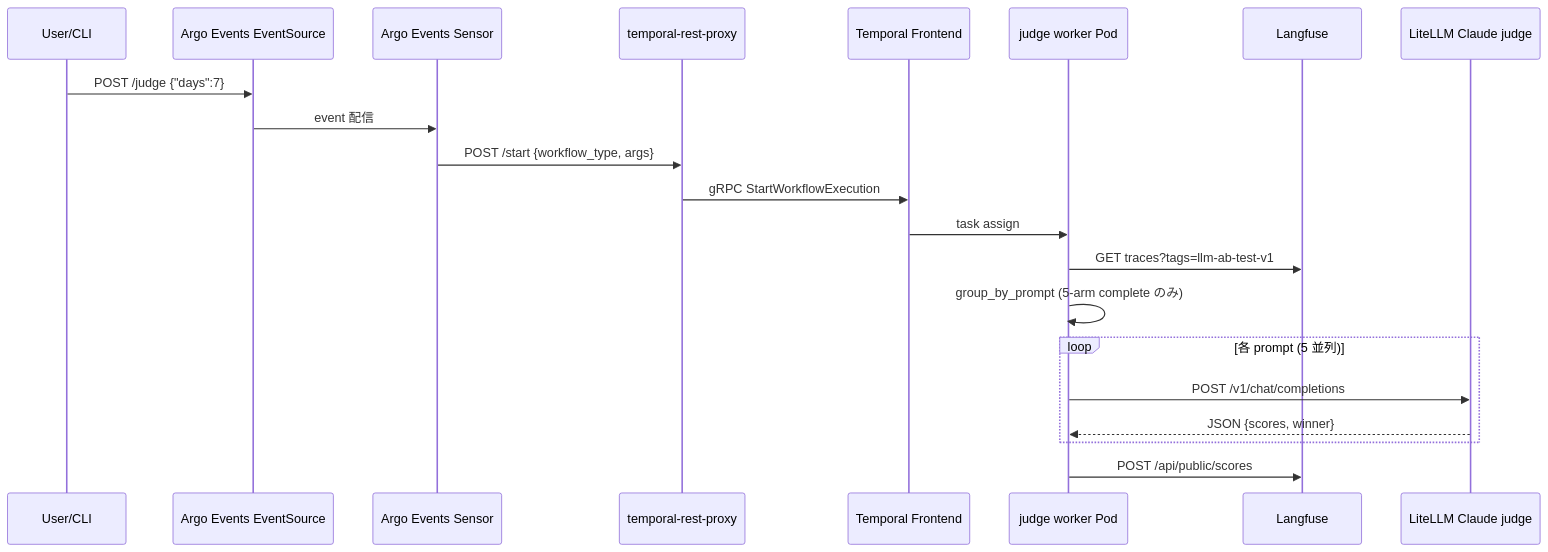
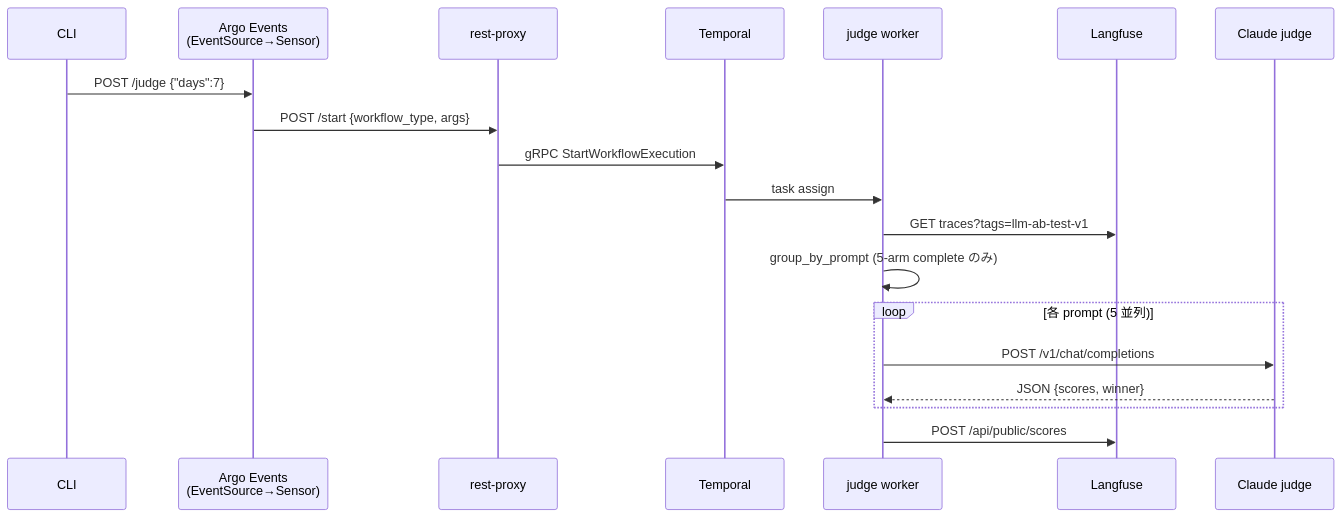
Before and after one commit to shinichitazawa/zenn-articles: the second of 2 diagrams in articles/010-llm-ab-test-4-oss-models-eks-litellm-keda.md, drawn with Mermaid. The commit also changed other lines of this file and 4 other files, not shown here.

Commit message:
docs: mermaid 図を縦型に再構成して縮小時も判読可能に(007/008/010/026/027)、008 は全体図PNGを本文に表示

````diff
--- a/articles/010-llm-ab-test-4-oss-models-eks-litellm-keda.md
+++ b/articles/010-llm-ab-test-4-oss-models-eks-litellm-keda.md
@@ -331,24 +331,22 @@
 ```mermaid
 sequenceDiagram
-  participant U as User/CLI
-  participant ES as Argo Events EventSource
-  participant SN as Argo Events Sensor
-  participant TP as temporal-rest-proxy
-  participant TF as Temporal Frontend
-  participant W as judge worker Pod
+  participant U as CLI
+  participant AE as Argo Events<br/>(EventSource→Sensor)
+  participant TP as rest-proxy
+  participant TF as Temporal
+  participant W as judge worker
   participant LF as Langfuse
-  participant LL as LiteLLM Claude judge
+  participant LL as Claude judge
 
-  U->>ES: POST /judge {"days":7}
-  ES->>SN: event 配信
-  SN->>TP: POST /start {workflow_type, args}
+  U->>AE: POST /judge {"days":7}
+  AE->>TP: POST /start {workflow_type, args}
   TP->>TF: gRPC StartWorkflowExecution
   TF->>W: task assign
   W->>LF: GET traces?tags=llm-ab-test-v1
   W->>W: group_by_prompt (5-arm complete のみ)
   loop 各 prompt (5 並列)
     W->>LL: POST /v1/chat/completions
     LL-->>W: JSON {scores, winner}
   end
   W->>LF: POST /api/public/scores
 ```
````
